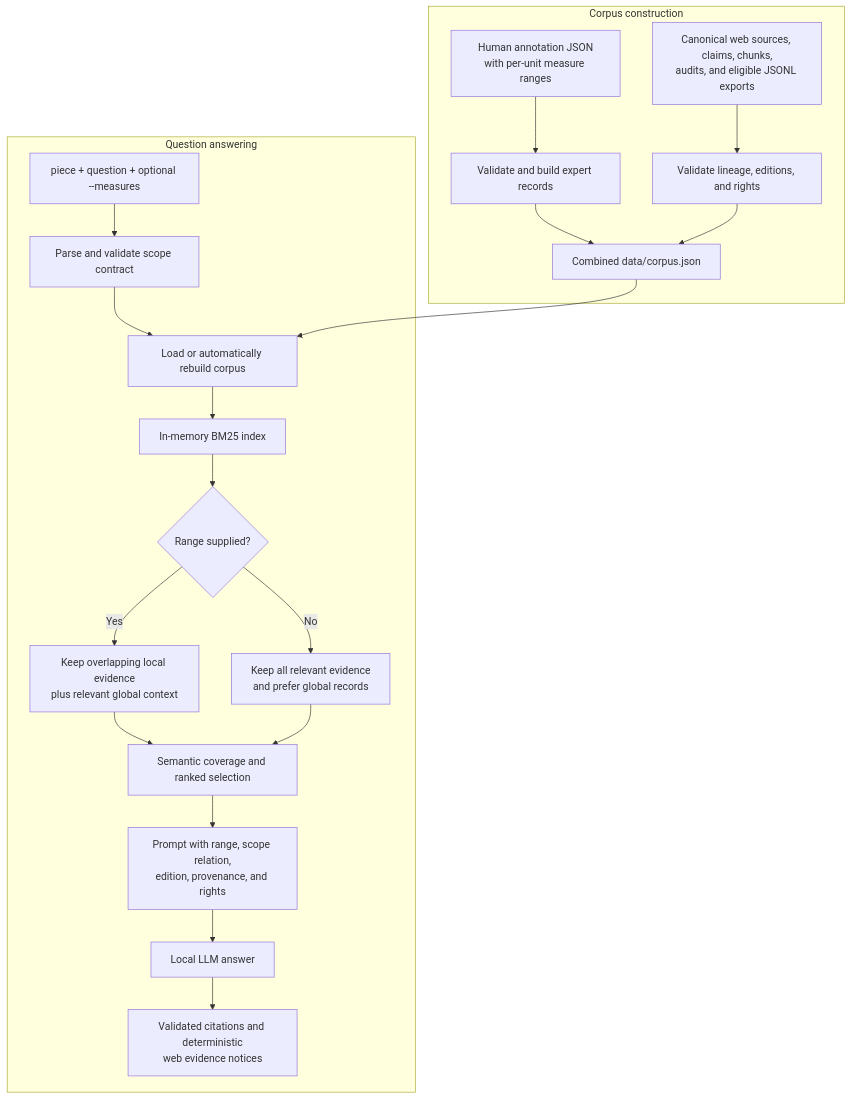
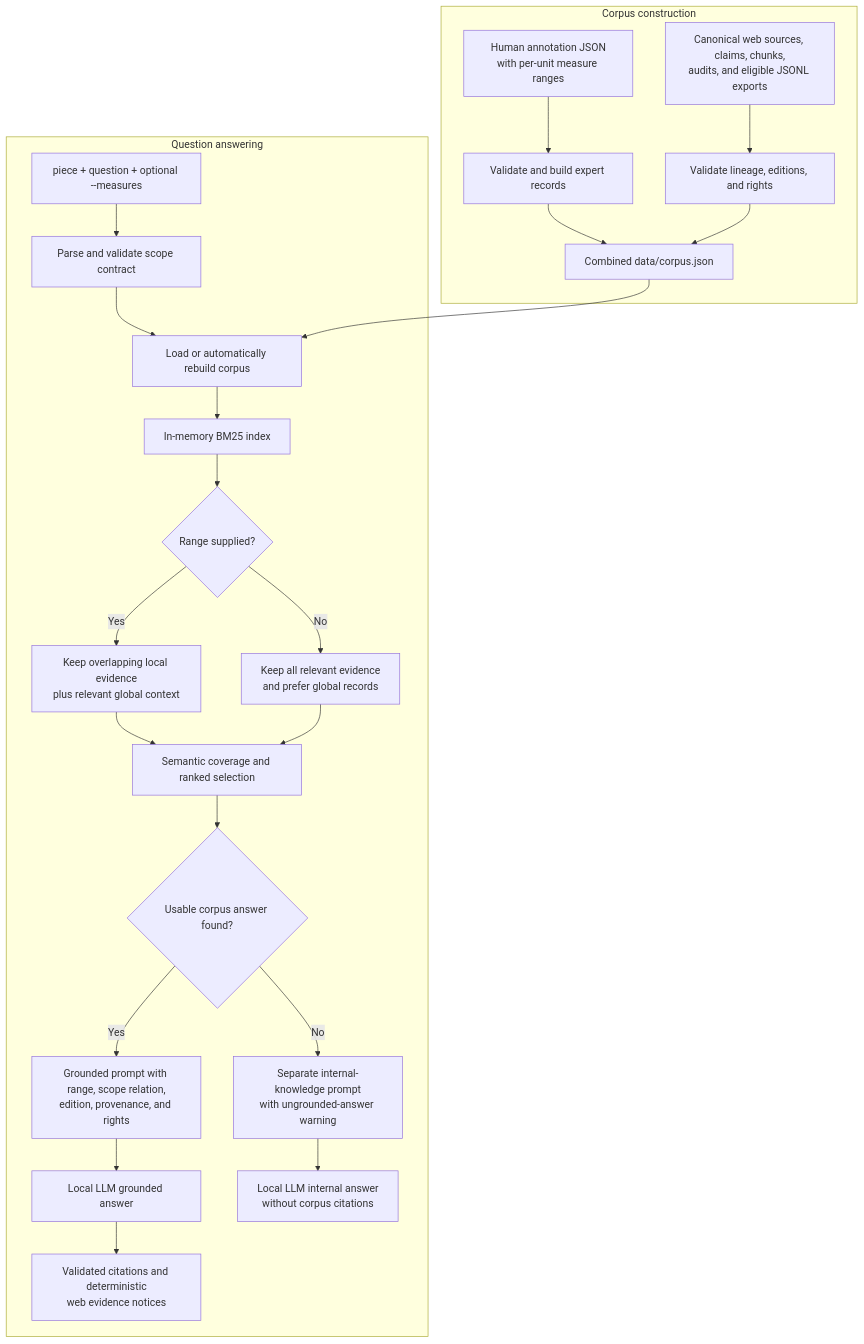
Before and after one commit to minigb/soprano-qa-rag-system: the diagram in docs/measure-aware-rag.md, drawn with Mermaid. The commit also changed other lines of this file and 11 other files, not shown here.

````diff
--- a/docs/measure-aware-rag.md
+++ b/docs/measure-aware-rag.md
@@ -19,27 +19,30 @@
 ```mermaid
 flowchart TD
     subgraph Build["Corpus construction"]
         A["Human annotation JSON<br/>with per-unit measure ranges"]
         B["Canonical web sources, claims, chunks,<br/>audits, and eligible JSONL exports"]
         A --> C["Validate and build expert records"]
         B --> D["Validate lineage, editions, and rights"]
         C --> E["Combined data/corpus.json"]
         D --> E
     end
 
     subgraph Query["Question answering"]
         F["piece + question + optional --measures"] --> G["Parse and validate scope contract"]
         G --> H["Load or automatically rebuild corpus"]
         H --> I["In-memory BM25 index"]
         I --> J{"Range supplied?"}
         J -->|"Yes"| K["Keep overlapping local evidence<br/>plus relevant global context"]
         J -->|"No"| L["Keep all relevant evidence<br/>and prefer global records"]
         K --> M["Semantic coverage and ranked selection"]
         L --> M
-        M --> N["Prompt with range, scope relation,<br/>edition, provenance, and rights"]
-        N --> O["Local LLM answer"]
+        M --> Q{"Usable corpus answer found?"}
+        Q -->|"Yes"| N["Grounded prompt with range, scope relation,<br/>edition, provenance, and rights"]
+        Q -->|"No"| R["Separate internal-knowledge prompt<br/>with ungrounded-answer warning"]
+        N --> O["Local LLM grounded answer"]
         O --> P["Validated citations and deterministic<br/>web evidence notices"]
+        R --> S["Local LLM internal answer<br/>without corpus citations"]
     end
 
     E --> H
 ```
````
